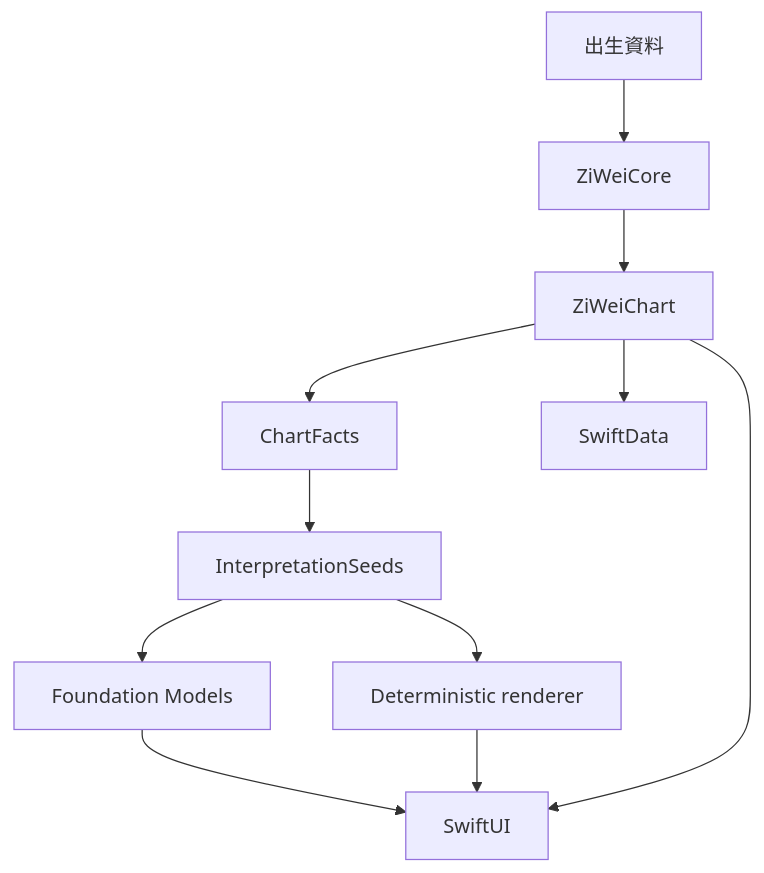
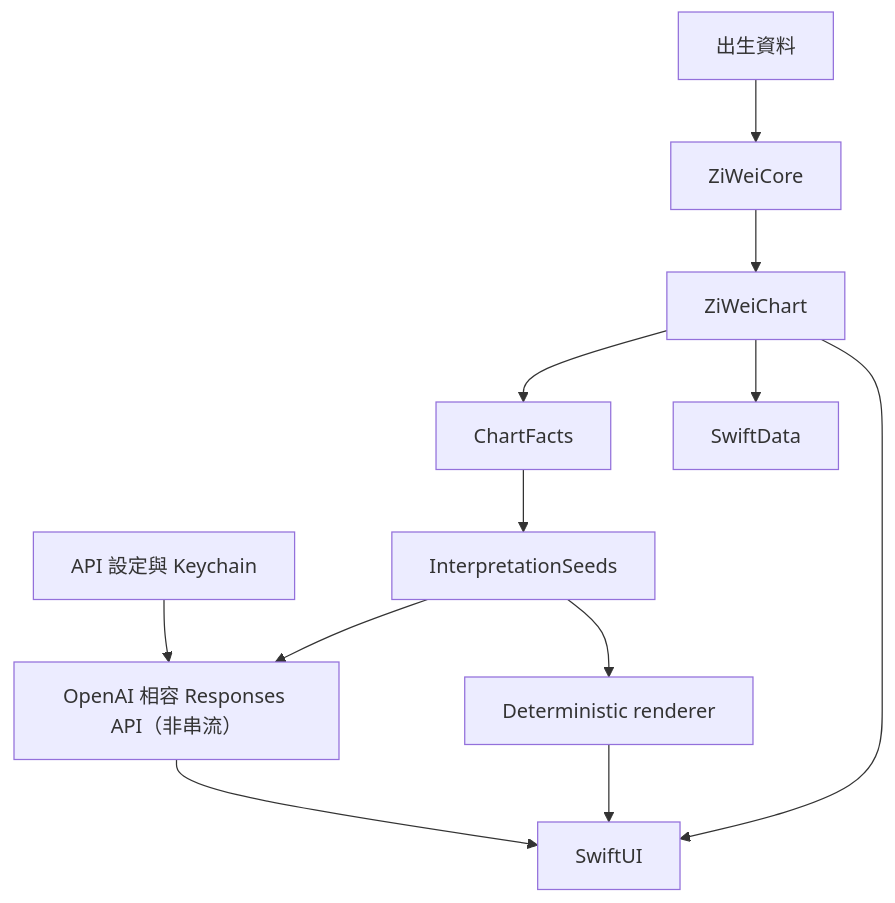
One commit to narumiruna/mighty-zi-wei changed the diagram in README.md. Above: the diagram before and after it, drawn with Mermaid. The commit also changed other lines of this file and 21 other files, not shown here.

Commit message:
feat(ai): use OpenAI-compatible Responses API

````diff
--- a/README.md
+++ b/README.md
@@ -78,23 +80,25 @@
 ```mermaid
 flowchart TD
     Input["出生資料"]
     Core["ZiWeiCore"]
     Chart["ZiWeiChart"]
     Facts["ChartFacts"]
     Seeds["InterpretationSeeds"]
-    AI["Foundation Models"]
+    Settings["API 設定與 Keychain"]
+    AI["OpenAI 相容 Responses API（非串流）"]
     Fallback["Deterministic renderer"]
     UI["SwiftUI"]
     Store["SwiftData"]
 
     Input --> Core
     Core --> Chart
     Chart --> Facts
     Facts --> Seeds
+    Settings --> AI
     Seeds --> AI
     Seeds --> Fallback
     AI --> UI
     Fallback --> UI
     Chart --> UI
     Chart --> Store
 ```
````
